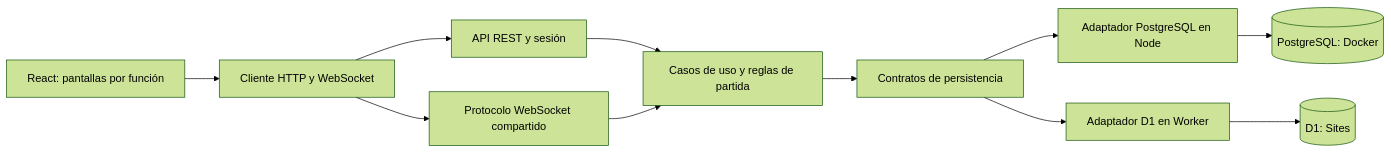
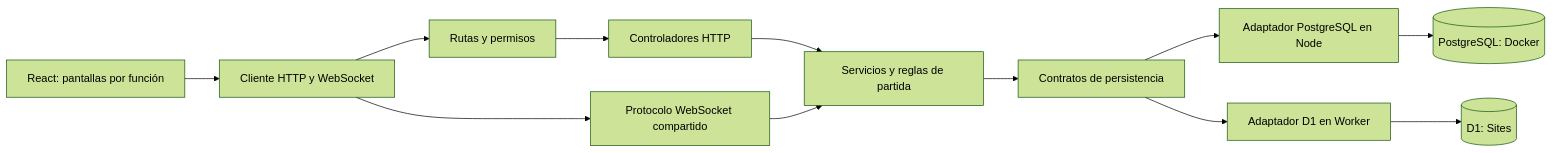
The diagram in README.md (kevintoasa42-oss/TFM-UNIR), drawn with Mermaid (forest theme) before and after one commit. The commit also changed other lines of this file and 25 other files, not shown here.

Commit message:
Separate API routes, controllers and application services

````diff
--- a/README.md
+++ b/README.md
@@ -61,13 +61,14 @@
 ```mermaid
 flowchart LR
   UI[React: pantallas por función] --> Client[Cliente HTTP y WebSocket]
-  Client --> API[API REST y sesión]
-  API --> Rules[Casos de uso y reglas de partida]
+  Client --> API[Rutas y permisos]
+  API --> Controllers[Controladores HTTP]
+  Controllers --> Rules[Servicios y reglas de partida]
   Rules --> Ports[Contratos de persistencia]
   Ports --> PG[Adaptador PostgreSQL en Node]
   Ports --> D1[Adaptador D1 en Worker]
   PG --> Postgres[(PostgreSQL: Docker)]
   D1 --> SQLite[(D1: Sites)]
   Client --> WS[Protocolo WebSocket compartido]
   WS --> Rules
 ```
````
